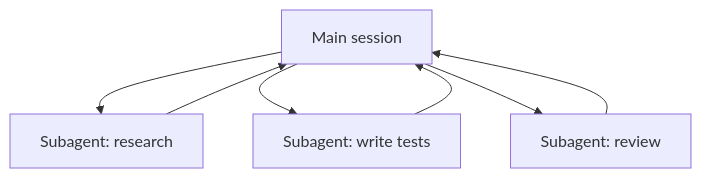
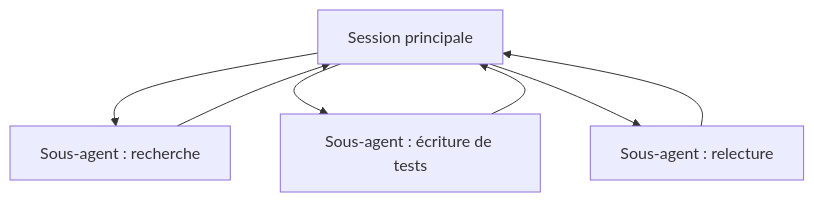
One commit to derob98/ailmanac changed the diagram in i18n/fr/docusaurus-plugin-content-docs/current/claude-code/subagents.mdx. Above: the diagram before and after it, drawn with Mermaid. The commit also changed other lines of this file and 43 other files, not shown here.

````diff
--- a/i18n/fr/docusaurus-plugin-content-docs/current/claude-code/subagents.mdx
+++ b/i18n/fr/docusaurus-plugin-content-docs/current/claude-code/subagents.mdx
@@ -21,9 +21,9 @@
 ```mermaid
 flowchart TD
-  M[Main session] --> A[Subagent: research]
-  M --> B[Subagent: write tests]
-  M --> C[Subagent: review]
+  M[Session principale] --> A[Sous-agent : recherche]
+  M --> B[Sous-agent : écriture de tests]
+  M --> C[Sous-agent : relecture]
   A --> M
   B --> M
   C --> M
 ```
````
